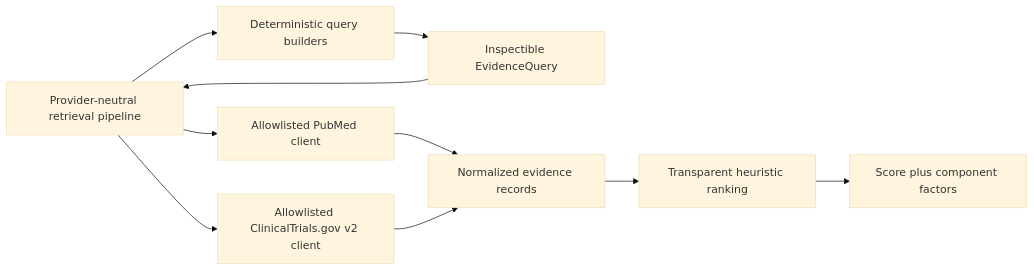
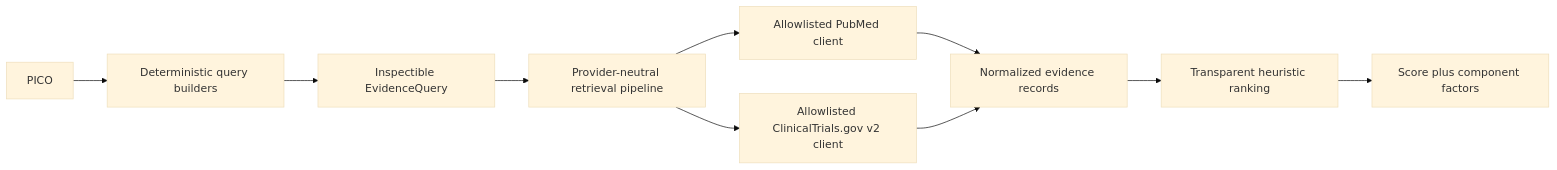
Before and after one commit to andrexstone-afk/evidenceforge: the second of 2 diagrams in docs/architecture.md, drawn with Mermaid (base theme). The commit also changed other lines of this file and 12 other files, not shown here.

````diff
--- a/docs/architecture.md
+++ b/docs/architecture.md
@@ -23,12 +23,12 @@
 ```mermaid
 flowchart LR
     P[PICO] --> Q[Deterministic query builders]
     Q --> M[Inspectible EvidenceQuery]
-    M --> P[Provider-neutral retrieval pipeline]
-    P --> PM[Allowlisted PubMed client]
-    P --> CT[Allowlisted ClinicalTrials.gov v2 client]
+    M --> RP[Provider-neutral retrieval pipeline]
+    RP --> PM[Allowlisted PubMed client]
+    RP --> CT[Allowlisted ClinicalTrials.gov v2 client]
     PM --> N[Normalized evidence records]
     CT --> N
     N --> R[Transparent heuristic ranking]
     R --> RC[Score plus component factors]
 ```
````
